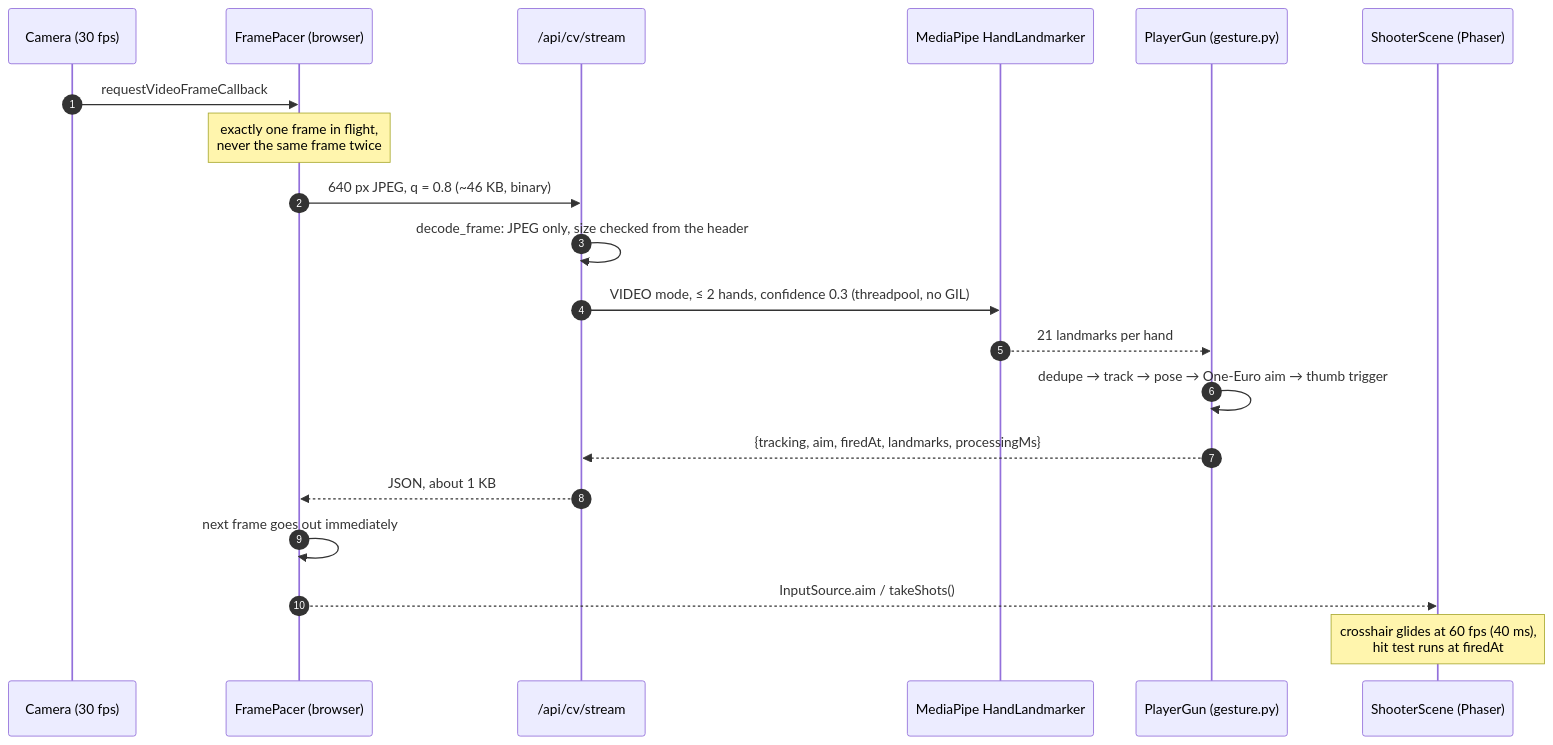
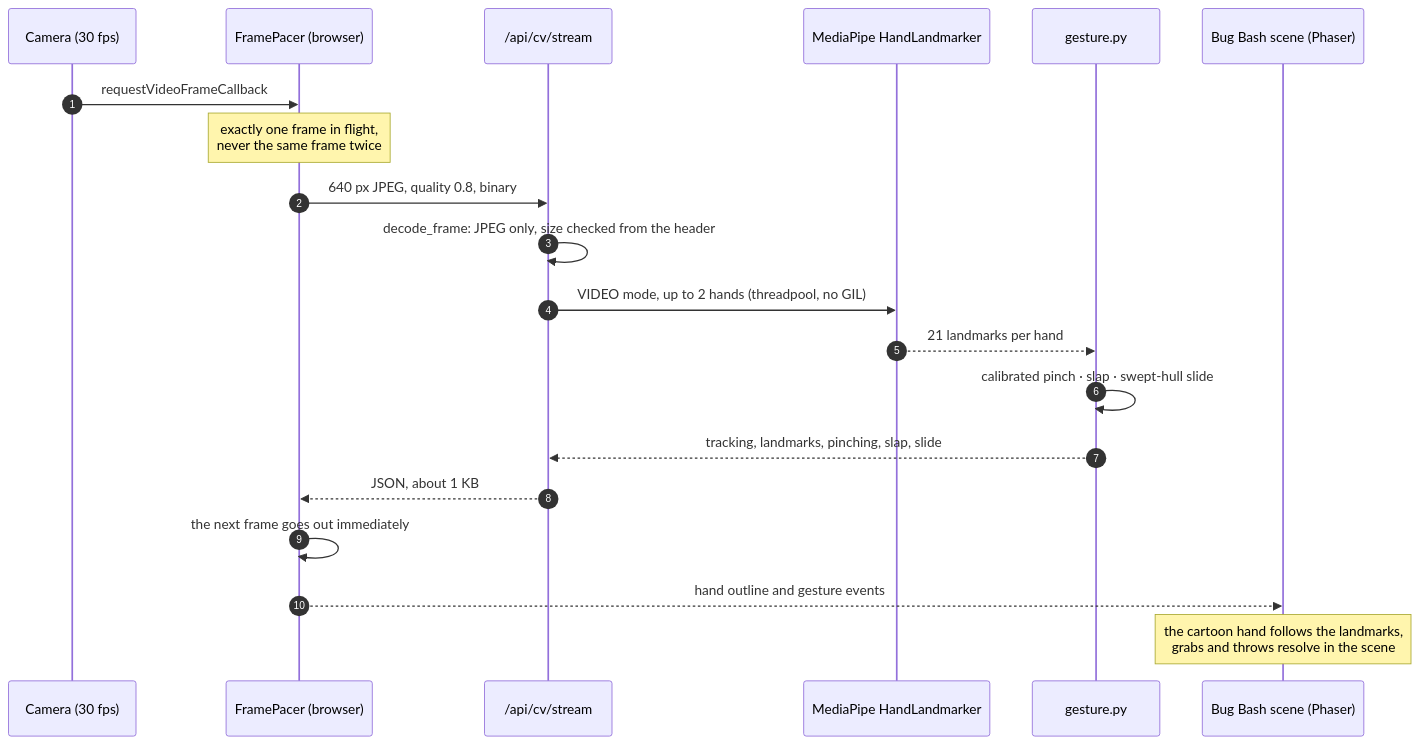
The second of 5 diagrams in README.md (DEOIST/viscon26-main), drawn with Mermaid before and after one commit. The commit also changed other lines of this file and 26 other files, not shown here.

````diff
--- a/README.md
+++ b/README.md
@@ -156,23 +195,23 @@
 ```mermaid
 sequenceDiagram
     autonumber
     participant Cam as Camera (30 fps)
     participant Pacer as FramePacer (browser)
     participant WS as /api/cv/stream
     participant MP as MediaPipe HandLandmarker
-    participant Gun as PlayerGun (gesture.py)
-    participant Scene as ShooterScene (Phaser)
+    participant G as gesture.py
+    participant Scene as Bug Bash scene (Phaser)
 
     Cam->>Pacer: requestVideoFrameCallback
     Note over Pacer: exactly one frame in flight,<br/>never the same frame twice
-    Pacer->>WS: 640 px JPEG, q = 0.8 (~46 KB, binary)
+    Pacer->>WS: 640 px JPEG, quality 0.8, binary
     WS->>WS: decode_frame: JPEG only, size checked from the header
-    WS->>MP: VIDEO mode, ≤ 2 hands, confidence 0.3 (threadpool, no GIL)
-    MP-->>Gun: 21 landmarks per hand
-    Gun->>Gun: dedupe → track → pose → One-Euro aim → thumb trigger
-    Gun-->>WS: {tracking, aim, firedAt, landmarks, processingMs}
+    WS->>MP: VIDEO mode, up to 2 hands (threadpool, no GIL)
+    MP-->>G: 21 landmarks per hand
+    G->>G: calibrated pinch · slap · swept-hull slide
+    G-->>WS: tracking, landmarks, pinching, slap, slide
     WS-->>Pacer: JSON, about 1 KB
-    Pacer->>Pacer: next frame goes out immediately
-    Pacer-->>Scene: InputSource.aim / takeShots()
-    Note over Scene: crosshair glides at 60 fps (40 ms),<br/>hit test runs at firedAt
+    Pacer->>Pacer: the next frame goes out immediately
+    Pacer-->>Scene: hand outline and gesture events
+    Note over Scene: the cartoon hand follows the landmarks,<br/>grabs and throws resolve in the scene
 ```
````
